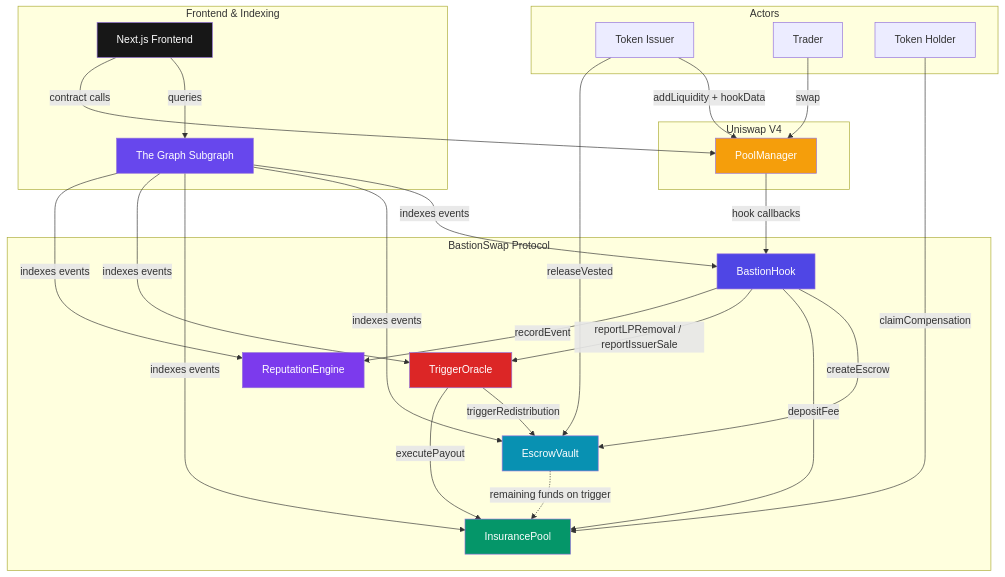
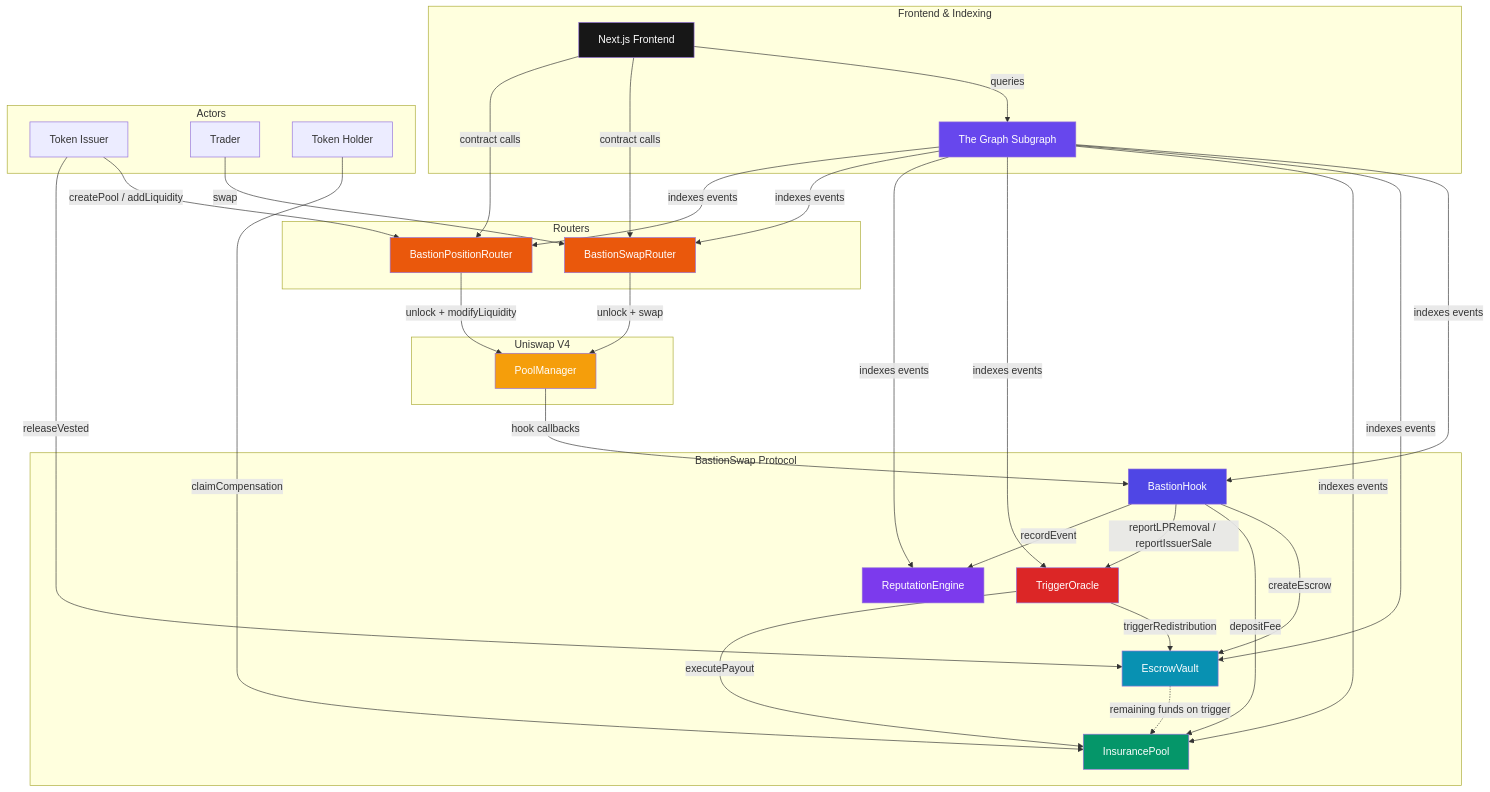
Before and after one commit to bastionswap/bastionswap: the diagram in README.md, drawn with Mermaid. The commit also changed other lines of this file, not shown here.

Commit message:
Update README to reflect current project state
- Add BastionSwapRouter and BastionPositionRouter to architecture
  diagram and contract roles table
- Update test count from 285 to 339
- Add history page to frontend pages listing
- Add router/ directory to project structure
- Update subgraph data sources count from 5 to 8
- Add LOCAL_DEV.md to documentation section
- Show routers in mermaid diagram (users interact via routers, not PM)

````diff
--- a/README.md
+++ b/README.md
@@ -47,58 +47,70 @@
 ```mermaid
 graph TB
     subgraph "Uniswap V4"
         PM[PoolManager]
     end
 
     subgraph "BastionSwap Protocol"
         BH[BastionHook]
         EV[EscrowVault]
         IP[InsurancePool]
         TO[TriggerOracle]
         RE[ReputationEngine]
     end
 
     subgraph "Frontend & Indexing"
         FE[Next.js Frontend]
         SG[The Graph Subgraph]
     end
 
     subgraph "Actors"
         IS[Token Issuer]
         TR[Trader]
         CL[Token Holder]
     end
 
-    IS -->|addLiquidity + hookData| PM
-    TR -->|swap| PM
+    subgraph "Routers"
+        SR[BastionSwapRouter]
+        PR[BastionPositionRouter]
+    end
+
+    IS -->|createPool / addLiquidity| PR
+    TR -->|swap| SR
+    SR -->|unlock + swap| PM
+    PR -->|unlock + modifyLiquidity| PM
     PM -->|hook callbacks| BH
 
     BH -->|createEscrow| EV
     BH -->|depositFee| IP
     BH -->|reportLPRemoval / reportIssuerSale| TO
     BH -->|recordEvent| RE
 
     TO -->|triggerRedistribution| EV
     TO -->|executePayout| IP
 
     EV -.->|remaining funds on trigger| IP
     CL -->|claimCompensation| IP
     IS -->|releaseVested| EV
 
     SG -->|indexes events| BH
     SG -->|indexes events| EV
     SG -->|indexes events| IP
     SG -->|indexes events| TO
     SG -->|indexes events| RE
+    SG -->|indexes events| SR
+    SG -->|indexes events| PR
     FE -->|queries| SG
-    FE -->|contract calls| PM
+    FE -->|contract calls| SR
+    FE -->|contract calls| PR
 
     style BH fill:#4f46e5,color:#fff
     style EV fill:#0891b2,color:#fff
     style IP fill:#059669,color:#fff
     style TO fill:#dc2626,color:#fff
     style RE fill:#7c3aed,color:#fff
     style PM fill:#f59e0b,color:#fff
+    style SR fill:#ea580c,color:#fff
+    style PR fill:#ea580c,color:#fff
     style FE fill:#171717,color:#fff
     style SG fill:#6747ed,color:#fff
 ```
````
